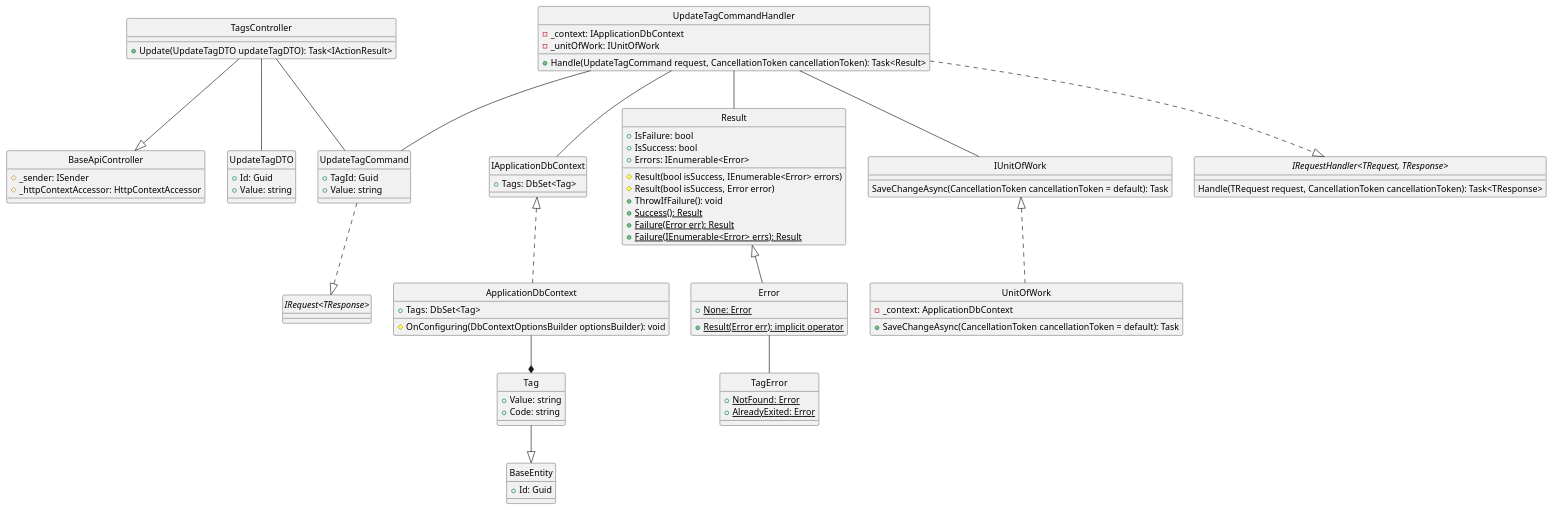
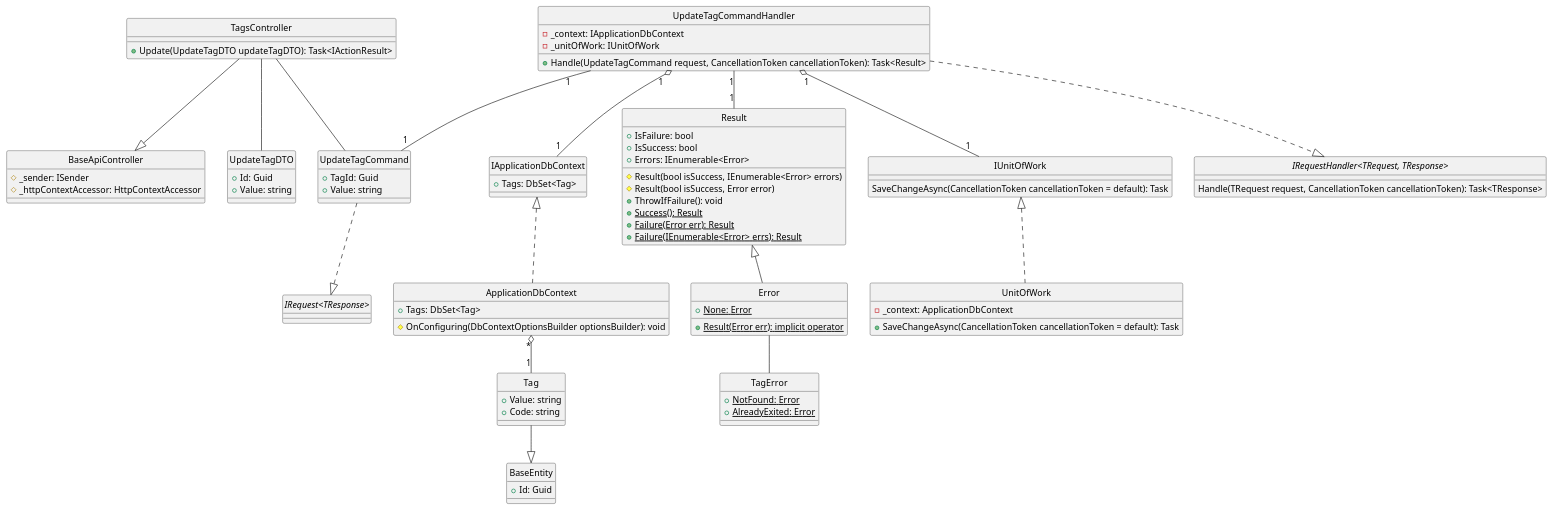
The diagram in docs/Class Diagram/Post/Tags/UpdateTag/ClassDiagram.plantuml (Carl-Johnsons/Chat-Application), drawn with PlantUML before and after one commit. The commit also changed 21 other files, not shown here.

```diff
--- a/docs/Class Diagram/Post/Tags/UpdateTag/ClassDiagram.plantuml
+++ b/docs/Class Diagram/Post/Tags/UpdateTag/ClassDiagram.plantuml
@@ -1,103 +1,103 @@
 @startuml updateTag
 hide circle
 
 class BaseApiController {
     #_sender: ISender
     #_httpContextAccessor: HttpContextAccessor
 }
 
 class TagsController {
     +Update(UpdateTagDTO updateTagDTO): Task<IActionResult> 
 }
 
 class UpdateTagCommand {
     +TagId: Guid 
     +Value: string
 }
 
 class UpdateTagCommandHandler {
     -_context: IApplicationDbContext
     -_unitOfWork: IUnitOfWork
     +Handle(UpdateTagCommand request, CancellationToken cancellationToken): Task<Result>
 }
 
 class IApplicationDbContext {
     +Tags: DbSet<Tag>
 }
 
 class ApplicationDbContext {
     +Tags: DbSet<Tag>
     #OnConfiguring(DbContextOptionsBuilder optionsBuilder): void
 }
 
 class Result {
     +IsFailure: bool
     +IsSuccess: bool
     +Errors: IEnumerable<Error>
     #Result(bool isSuccess, IEnumerable<Error> errors)
     #Result(bool isSuccess, Error error)
     +ThrowIfFailure(): void
     +{static} Success(): Result
     +{static} Failure(Error err): Result
     +{static} Failure(IEnumerable<Error> errs): Result
 }
 
 class Error {
     +{static} None: Error
     +{static} Result(Error err): implicit operator
 }
 
 class IUnitOfWork {
     SaveChangeAsync(CancellationToken cancellationToken = default): Task
 }
 
 class UnitOfWork {
     -_context: ApplicationDbContext
     +SaveChangeAsync(CancellationToken cancellationToken = default): Task
 }
 
 class TagError {
     +{static} NotFound: Error
     +{static} AlreadyExited: Error
 }
 
 class UpdateTagDTO {
     +Id: Guid 
     +Value: string 
 }
 
 class BaseEntity {
     +Id: Guid 
 }
 
 class Tag {
     +Value: string
     +Code: string
 }
 
 interface "IRequest<TResponse>"
 interface "IRequestHandler<TRequest, TResponse>"{
     Handle(TRequest request, CancellationToken cancellationToken): Task<TResponse>
 }
 
 '==== Update Post ====
 'API Layer
 TagsController --|> BaseApiController
 TagsController -- UpdateTagCommand
 TagsController -- UpdateTagDTO
 'Application Layer
 UpdateTagCommand ..|> "IRequest<TResponse>"
 UpdateTagCommandHandler ..|> "IRequestHandler<TRequest, TResponse>"
-UpdateTagCommandHandler -- UpdateTagCommand
-UpdateTagCommandHandler -- Result
-UpdateTagCommandHandler -- IUnitOfWork
-UpdateTagCommandHandler -- IApplicationDbContext
+UpdateTagCommandHandler "1"--"1" UpdateTagCommand
+UpdateTagCommandHandler "1"--"1" Result
+UpdateTagCommandHandler "1" o--"1" IUnitOfWork
+UpdateTagCommandHandler "1" o--"1" IApplicationDbContext
 'Domain Layer
 Result <|-- Error
 Error -- TagError
 Tag --|> BaseEntity
 'Infrastructure Layer
 IUnitOfWork <|.. UnitOfWork
 IApplicationDbContext <|.. ApplicationDbContext
-ApplicationDbContext --* Tag
+ApplicationDbContext "*" o--"1" Tag
 @enduml
```
